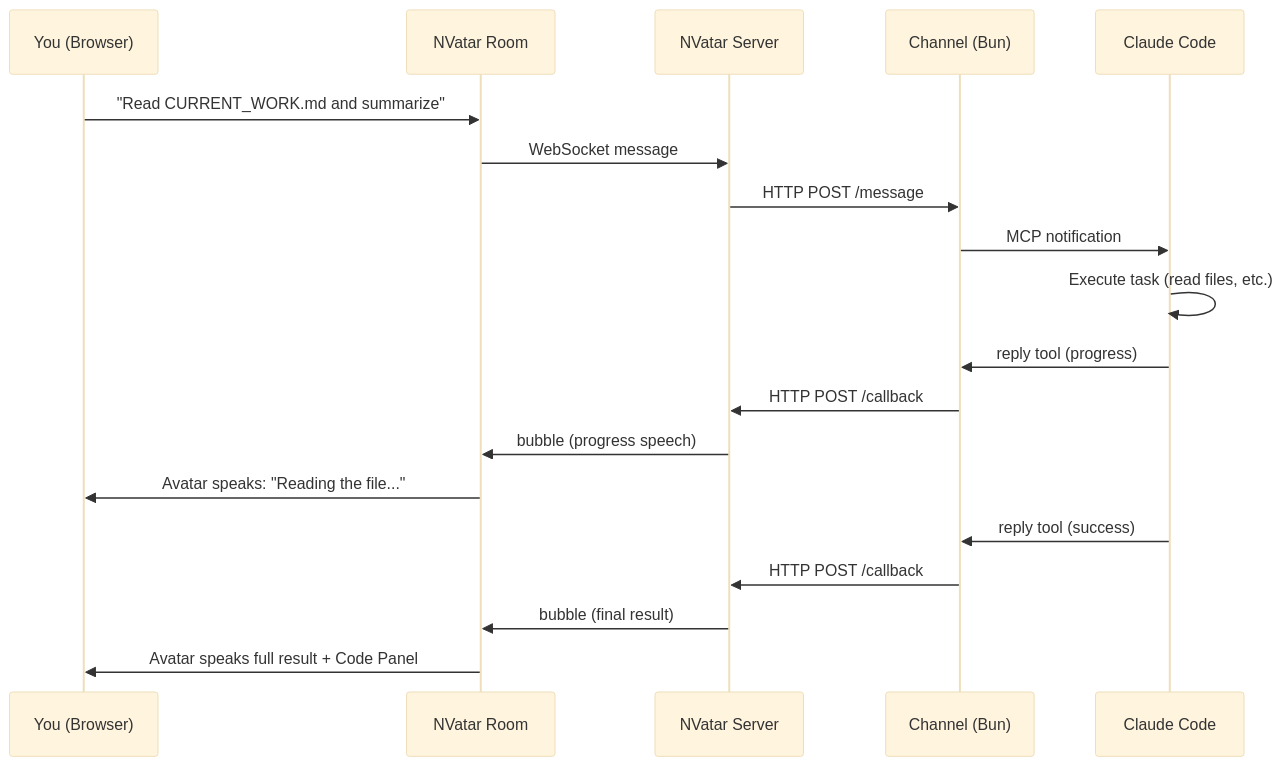
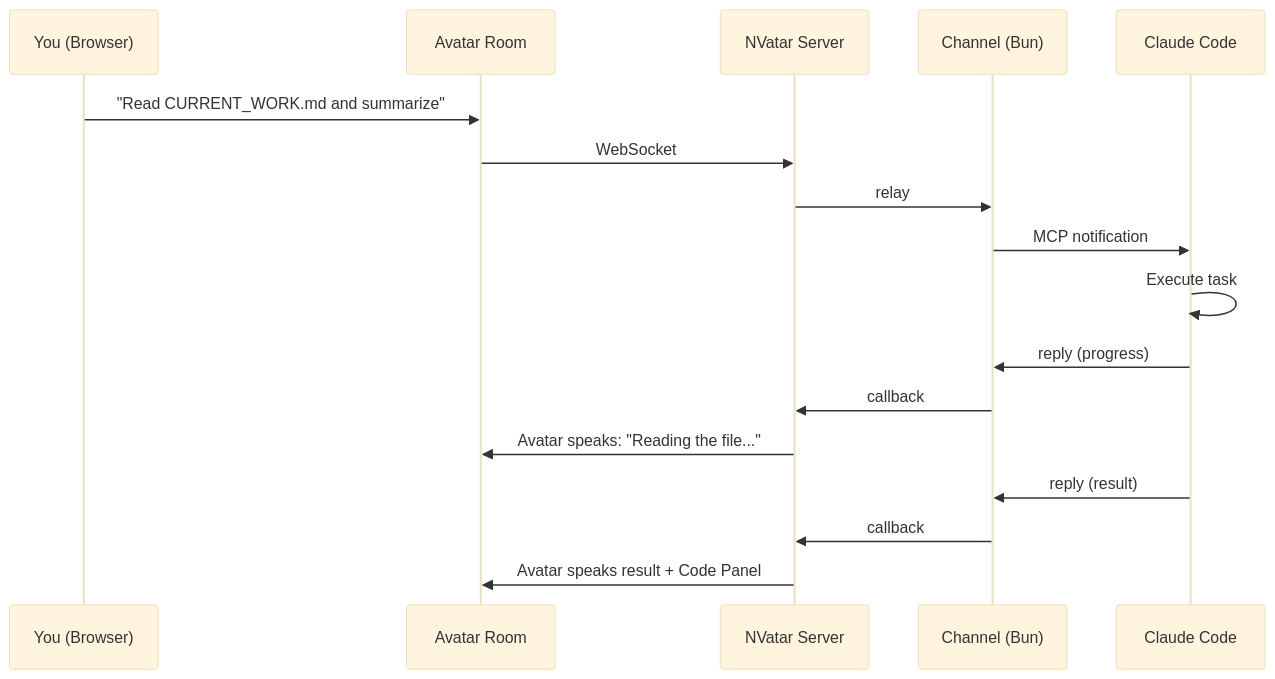
The first of 5 diagrams in README.md (nskit-io/nvatar-code-assist), drawn with Mermaid (base theme) before and after one commit. The commit also changed other lines of this file, not shown here.

````diff
--- a/README.md
+++ b/README.md
@@ -13,22 +13,20 @@
 ```mermaid
 sequenceDiagram
     participant U as You (Browser)
-    participant A as NVatar Room
+    participant A as Avatar Room
     participant S as NVatar Server
     participant C as Channel (Bun)
     participant CC as Claude Code
 
     U->>A: "Read CURRENT_WORK.md and summarize"
-    A->>S: WebSocket message
-    S->>C: HTTP POST /message
+    A->>S: WebSocket
+    S->>C: relay
     C->>CC: MCP notification
-    CC->>CC: Execute task (read files, etc.)
-    CC->>C: reply tool (progress)
-    C->>S: HTTP POST /callback
-    S->>A: bubble (progress speech)
-    A->>U: Avatar speaks: "Reading the file..."
-    CC->>C: reply tool (success)
-    C->>S: HTTP POST /callback
-    S->>A: bubble (final result)
-    A->>U: Avatar speaks full result + Code Panel
+    CC->>CC: Execute task
+    CC->>C: reply (progress)
+    C->>S: callback
+    S->>A: Avatar speaks: "Reading the file..."
+    CC->>C: reply (result)
+    C->>S: callback
+    S->>A: Avatar speaks result + Code Panel
 ```
````
